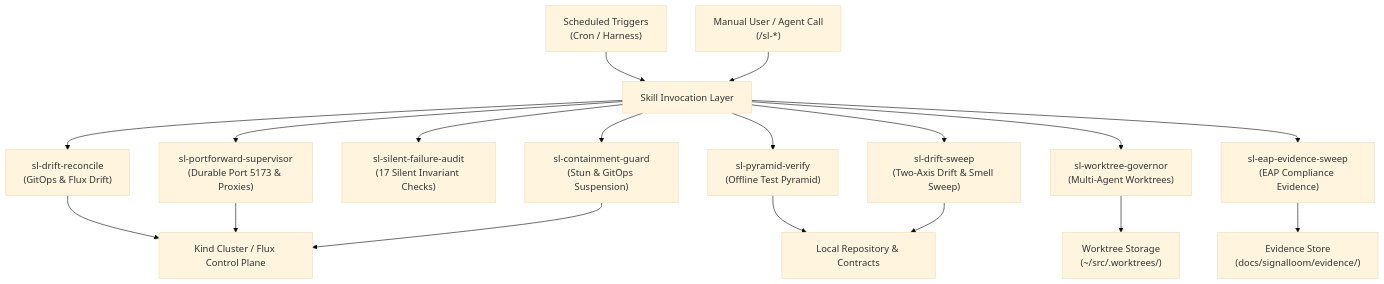
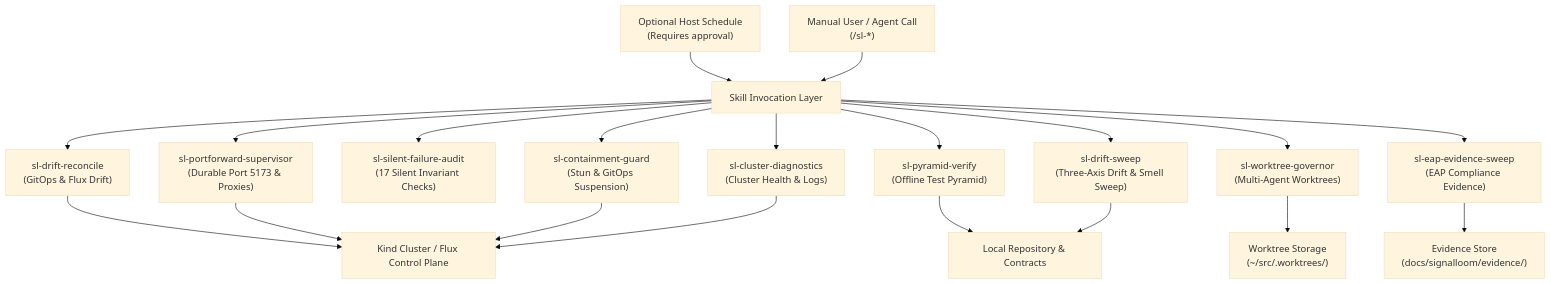
The diagram in docs/signalloom/scheduled-skills.md (sublimino/architecture-as-code), drawn with Mermaid (base theme) before and after one commit. The commit also changed other lines of this file and 5 other files, not shown here.

Commit message:
feat(skills): add portable sl-cluster-diagnostics skill and tests

````diff
--- a/docs/signalloom/scheduled-skills.md
+++ b/docs/signalloom/scheduled-skills.md
@@ -13,22 +13,24 @@
 ```mermaid
 flowchart TD
-  CRON["Scheduled Triggers<br/>(Cron / Harness)"] --> RUNNER["Skill Invocation Layer"]
+  CRON["Optional Host Schedule<br/>(Requires approval)"] --> RUNNER["Skill Invocation Layer"]
   MANUAL["Manual User / Agent Call<br/>(/sl-*)"] --> RUNNER
 
   RUNNER --> DRIFT["sl-drift-reconcile<br/>(GitOps & Flux Drift)"]
   RUNNER --> INGRESS["sl-portforward-supervisor<br/>(Durable Port 5173 & Proxies)"]
   RUNNER --> AUDIT["sl-silent-failure-audit<br/>(17 Silent Invariant Checks)"]
   RUNNER --> GUARD["sl-containment-guard<br/>(Stun & GitOps Suspension)"]
   RUNNER --> PYRAMID["sl-pyramid-verify<br/>(Offline Test Pyramid)"]
   RUNNER --> GOV["sl-worktree-governor<br/>(Multi-Agent Worktrees)"]
   RUNNER --> SWEEP["sl-eap-evidence-sweep<br/>(EAP Compliance Evidence)"]
-  RUNNER --> DSWEEP["sl-drift-sweep<br/>(Two-Axis Drift & Smell Sweep)"]
+  RUNNER --> DSWEEP["sl-drift-sweep<br/>(Three-Axis Drift & Smell Sweep)"]
+  RUNNER --> DIAG["sl-cluster-diagnostics<br/>(Cluster Health & Logs)"]
 
   DRIFT --> CLUSTER["Kind Cluster / Flux Control Plane"]
   INGRESS --> CLUSTER
   GUARD --> CLUSTER
+  DIAG --> CLUSTER
   SWEEP --> EVIDENCE["Evidence Store<br/>(docs/signalloom/evidence/)"]
   PYRAMID --> REPO["Local Repository & Contracts"]
   DSWEEP --> REPO
   GOV --> WORKTREES["Worktree Storage<br/>(~/src/.worktrees/)"]
 ```
````
